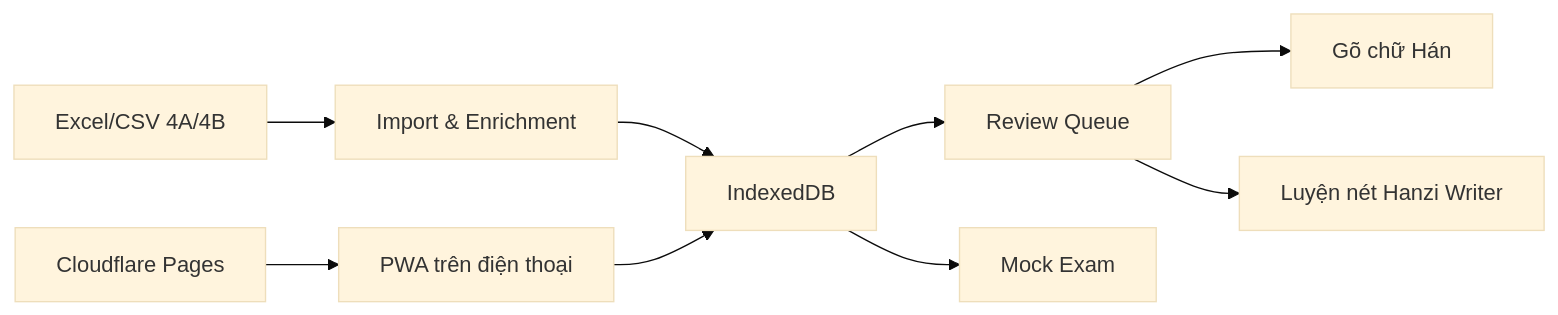
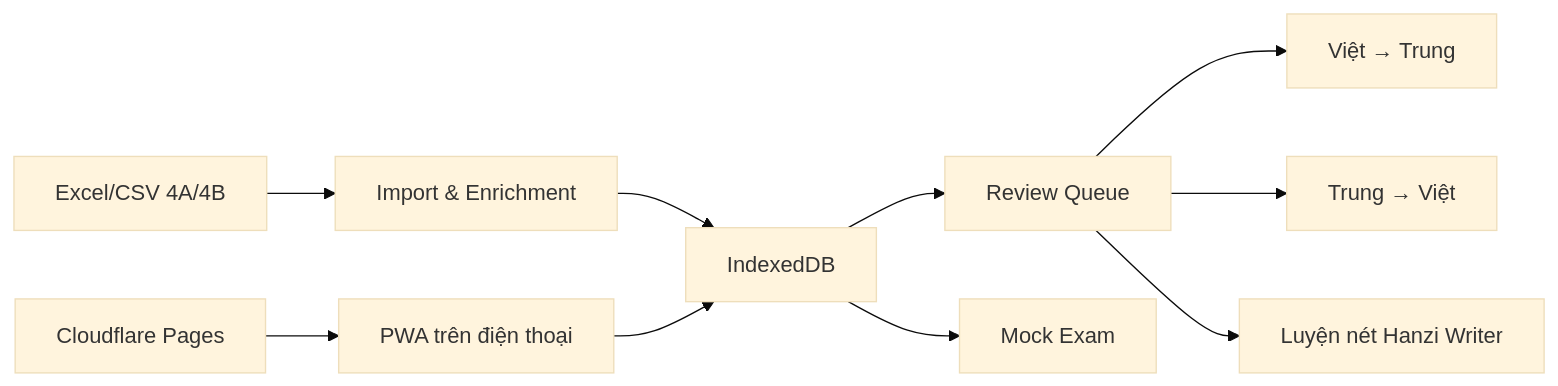
The diagram in README.md (meiiie/hong_hsk), drawn with Mermaid (base theme) before and after one commit. The commit also changed other lines of this file and 32 other files, not shown here.

````diff
--- a/README.md
+++ b/README.md
@@ -66,11 +67,12 @@
 ```mermaid
 flowchart LR
   A["Excel/CSV 4A/4B"] --> B["Import & Enrichment"]
   B --> C["IndexedDB"]
   C --> D["Review Queue"]
-  D --> E["Gõ chữ Hán"]
+  D --> E["Việt → Trung"]
+  D --> J["Trung → Việt"]
   D --> F["Luyện nét Hanzi Writer"]
   C --> G["Mock Exam"]
   H["Cloudflare Pages"] --> I["PWA trên điện thoại"]
   I --> C
 ```
````
